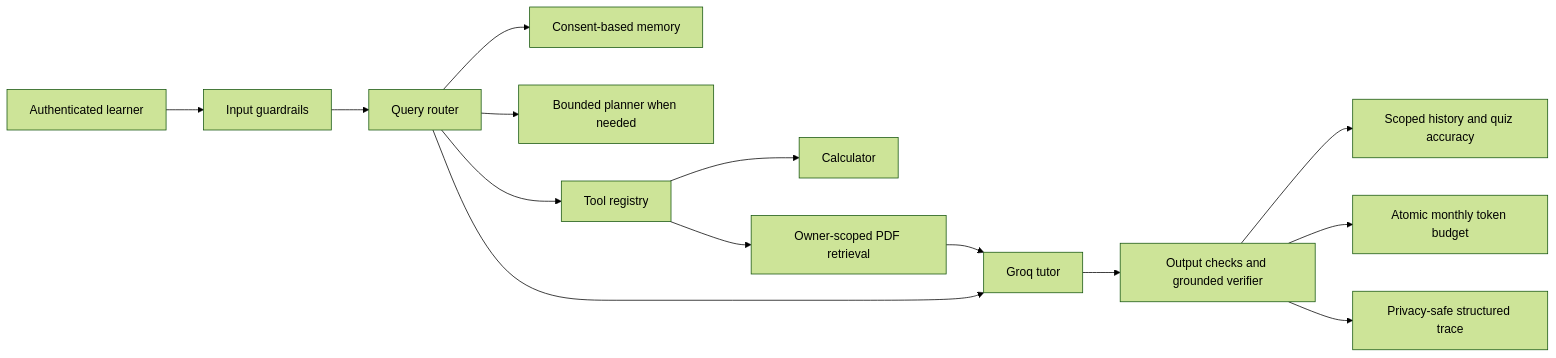
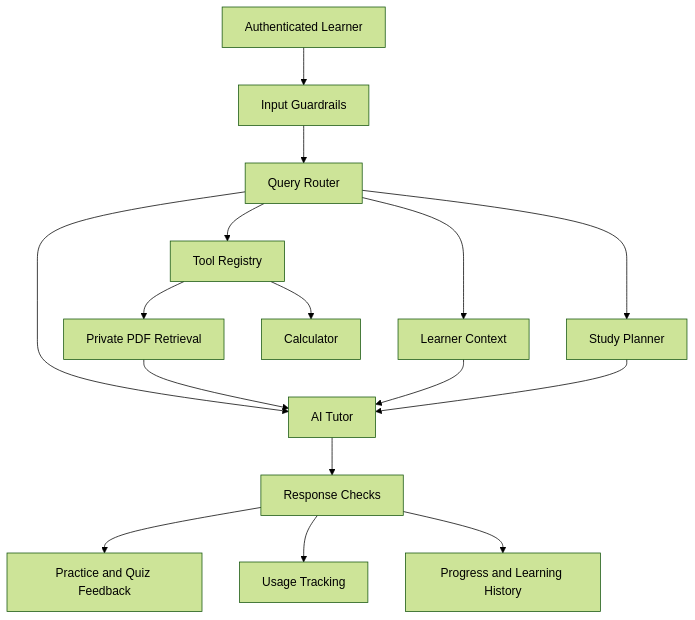
The diagram in README.md (AfzalManihar/lumina-ai-tutor), drawn with Mermaid (forest theme) before and after one commit. The commit also changed other lines of this file, not shown here.

````diff
--- a/README.md
+++ b/README.md
@@ -159,16 +130,18 @@
 ```mermaid
-flowchart LR
-  U[Authenticated learner] --> G[Input guardrails]
-  G --> R[Query router]
-  R --> M[Consent-based memory]
-  R --> P[Bounded planner when needed]
-  R --> T[Tool registry]
-  T --> C[Calculator]
-  T --> V[Owner-scoped PDF retrieval]
-  R --> L[Groq tutor]
-  V --> L
-  L --> E[Output checks and grounded verifier]
-  E --> H[Scoped history and quiz accuracy]
-  E --> B[Atomic monthly token budget]
-  E --> O[Privacy-safe structured trace]
+flowchart TD
+    A[Authenticated Learner] --> B[Input Guardrails]
+    B --> C[Query Router]
+    C --> D[Learner Context]
+    C --> E[Study Planner]
+    C --> F[Tool Registry]
+    F --> G[Calculator]
+    F --> H[Private PDF Retrieval]
+    C --> I[AI Tutor]
+    H --> I
+    D --> I
+    E --> I
+    I --> J[Response Checks]
+    J --> K[Practice and Quiz Feedback]
+    J --> L[Usage Tracking]
+    J --> M[Progress and Learning History]
 ```
````
